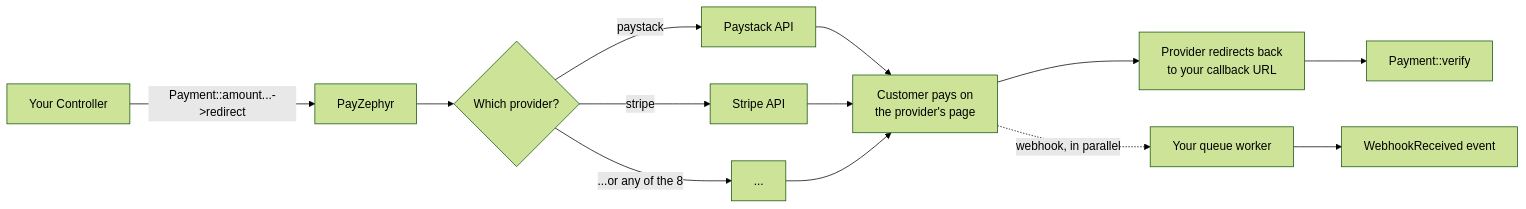
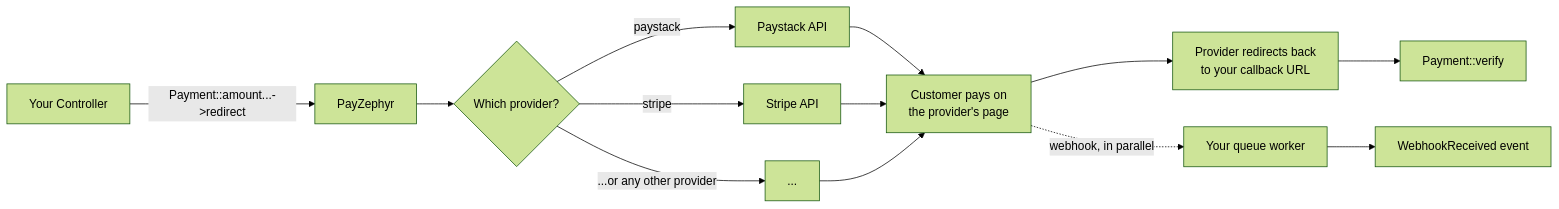
The diagram in README.md (ken-de-nigerian/payzephyr), drawn with Mermaid (forest theme) before and after one commit. The commit also changed other lines of this file and 10 other files, not shown here.

First line of the commit message:
docs: consistent voice, mermaid diagrams, and a real driver extension guide

````diff
--- a/README.md
+++ b/README.md
@@ -34,13 +34,13 @@
 ```mermaid
 flowchart LR
     A[Your Controller] -->|Payment::amount...->redirect| B[PayZephyr]
     B --> C{Which provider?}
     C -->|paystack| D[Paystack API]
     C -->|stripe| E[Stripe API]
-    C -->|"...or any of the 8"| F[...]
-    D & E & F --> G[Customer pays on\nthe provider's page]
-    G --> H[Provider redirects back\nto your callback URL]
+    C -->|"...or any other provider"| F[...]
+    D & E & F --> G["Customer pays on<br/>the provider's page"]
+    G --> H["Provider redirects back<br/>to your callback URL"]
     G -.->|webhook, in parallel| I[Your queue worker]
     H --> J[Payment::verify]
     I --> K[WebhookReceived event]
 ```
````
